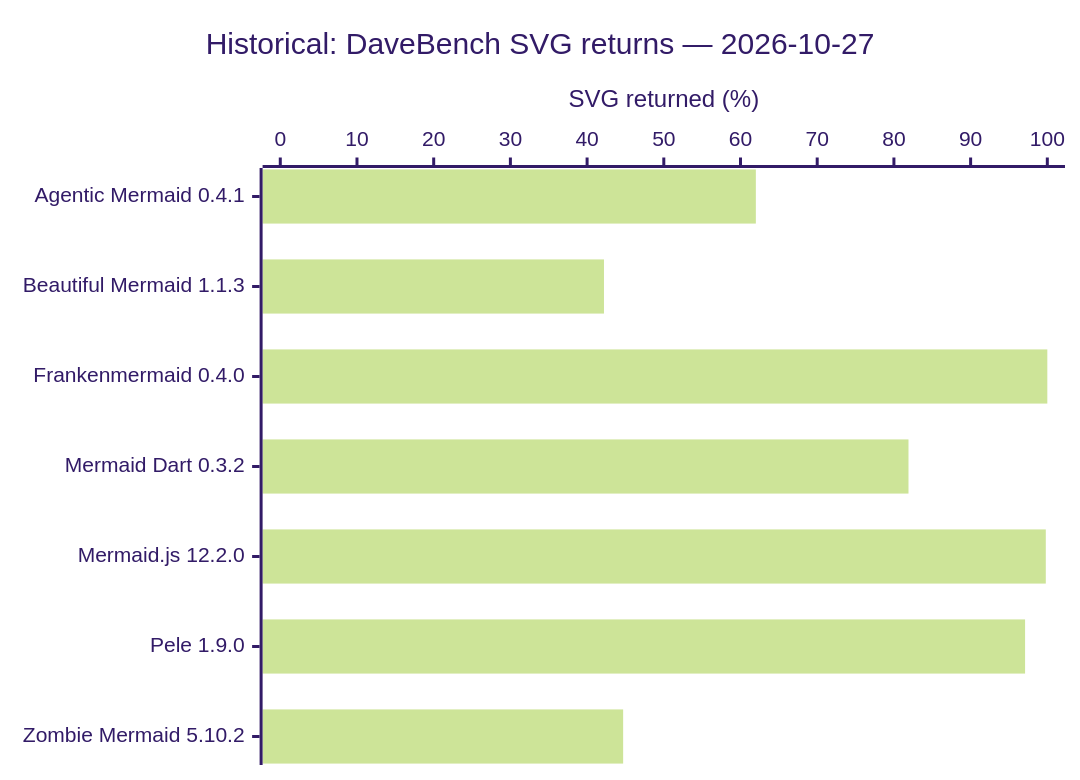
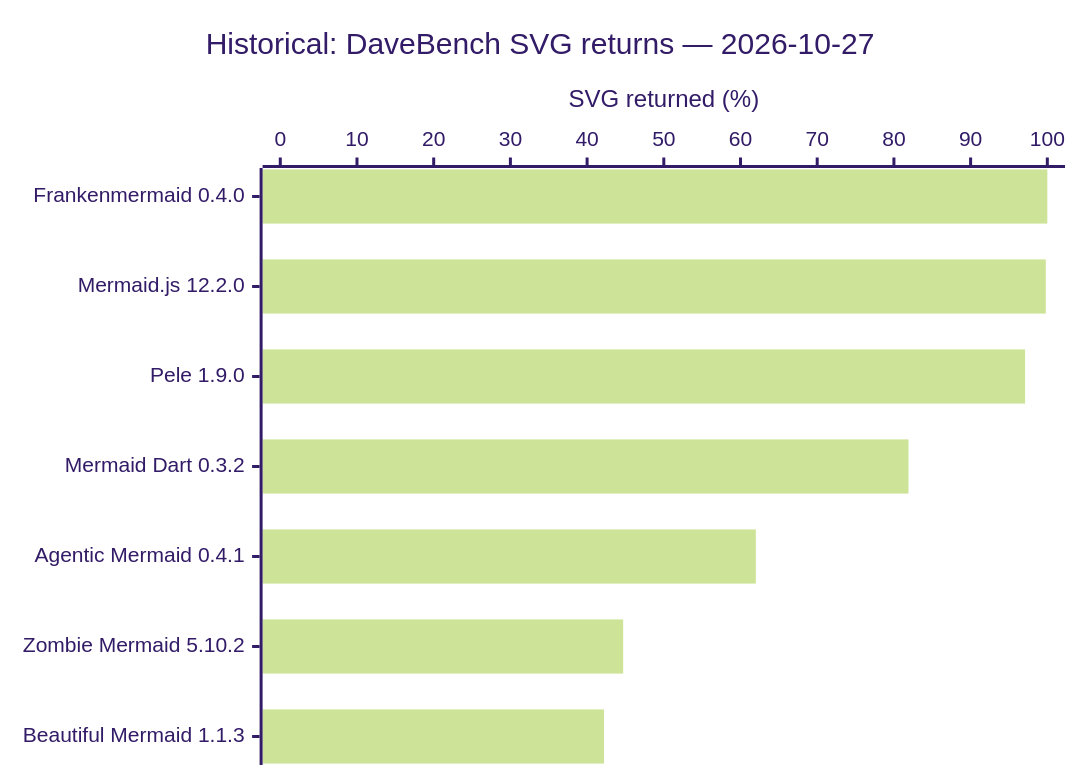
The first of 2 diagrams in RESULTS.md (adewale/trident), drawn with Mermaid (forest theme) before and after one commit. The commit also changed other lines of this file and 12 other files, not shown here.

Commit message:
Stack-rank comparable benchmark results and charts

````diff
--- a/RESULTS.md
+++ b/RESULTS.md
@@ -107,7 +115,7 @@
 ```mermaid
 xychart-beta horizontal
     title "Historical: DaveBench SVG returns — 2026-10-27"
-    x-axis ["Agentic Mermaid 0.4.1", "Beautiful Mermaid 1.1.3", "Frankenmermaid 0.4.0", "Mermaid Dart 0.3.2", "Mermaid.js 12.2.0", "Pele 1.9.0", "Zombie Mermaid 5.10.2"]
+    x-axis ["Frankenmermaid 0.4.0", "Mermaid.js 12.2.0", "Pele 1.9.0", "Mermaid Dart 0.3.2", "Agentic Mermaid 0.4.1", "Zombie Mermaid 5.10.2", "Beautiful Mermaid 1.1.3"]
     y-axis "SVG returned (%)" 0 --> 100
-    bar [62, 42.2, 100, 81.9, 99.8, 97.1, 44.7]
+    bar [100, 99.8, 97.1, 81.9, 62, 44.7, 42.2]
 ```
````
